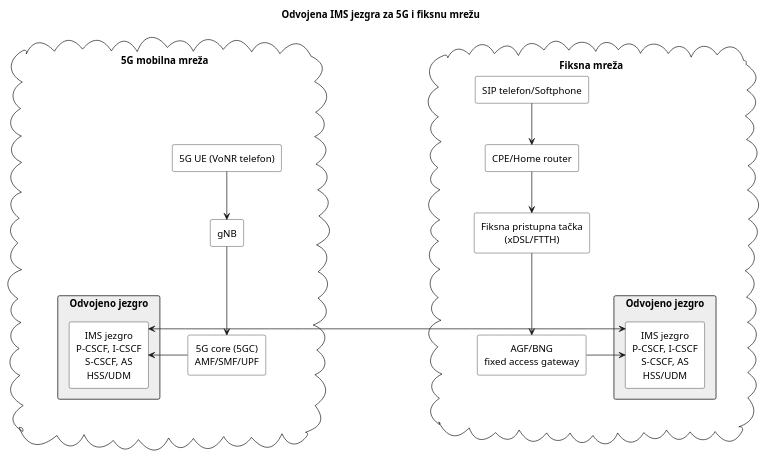
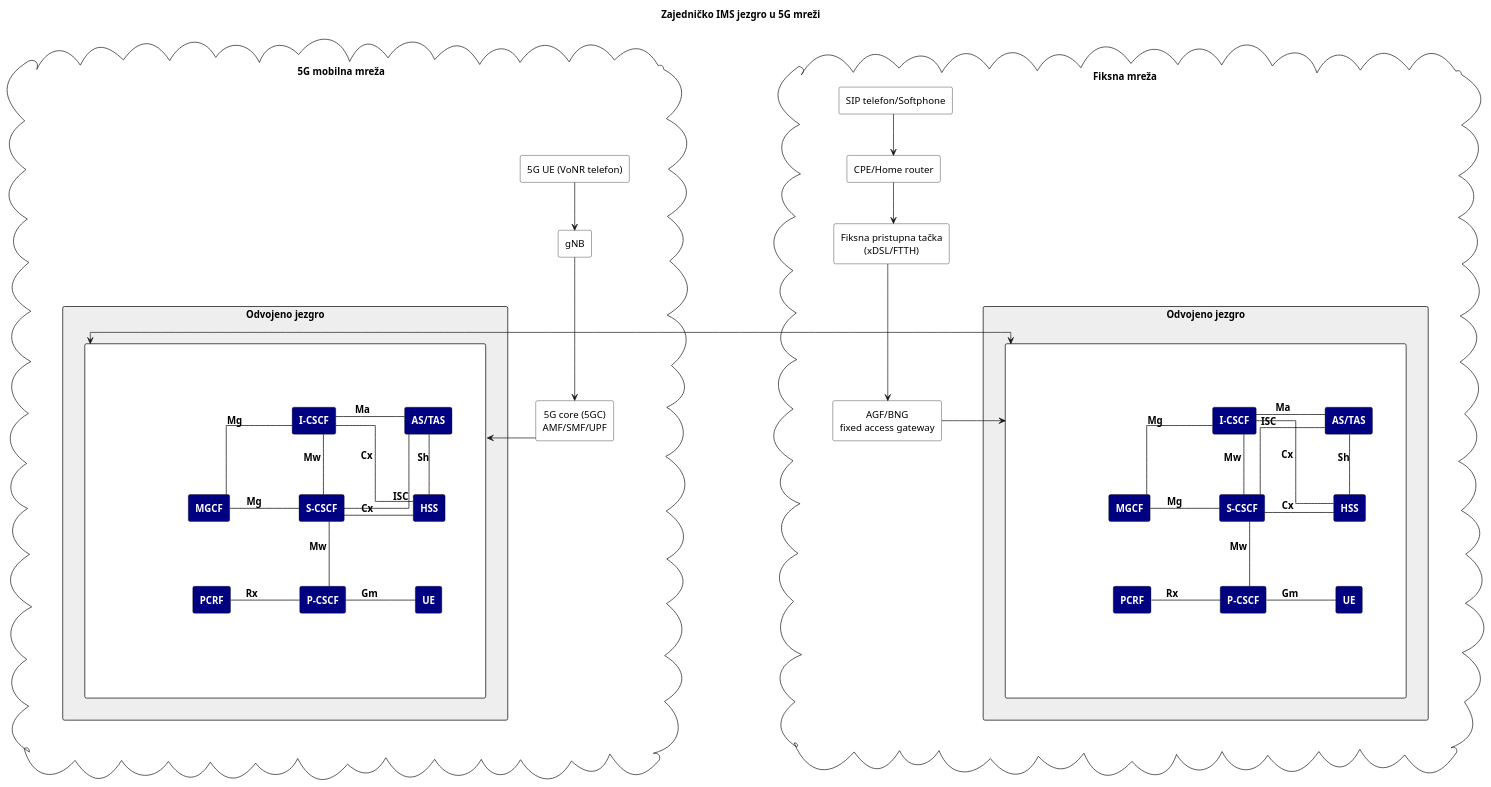
One commit to ZakiraZaza/SSMTK_FMC_VoNR_IMS_5G changed the diagram in assets/diagrams/plantuml/code/separate_ims_cores_for_5G_and_fixed_network.puml. Above: the diagram before and after it, drawn with PlantUML. The commit also changed 5 other files, not shown here.

First line of the commit message:
Updated PlantUML diagrams.

```diff
--- a/assets/diagrams/plantuml/code/separate_ims_cores_for_5G_and_fixed_network.puml
+++ b/assets/diagrams/plantuml/code/separate_ims_cores_for_5G_and_fixed_network.puml
@@ -1,71 +1,199 @@
 @startuml
+set separator .
 top to bottom direction
-hide <<hidden>> stereotype
-hide <<core>> stereotype
+hide stereotype
+skinparam linetype ortho
+
+title "Zajedničko IMS jezgro u 5G mreži"
 
 <style>
 rectangle {
   HorizontalAlignment center
   BackgroundColor white
   .hidden {
     BackgroundColor transparent
     FontColor transparent
   }
+  .hidden_font {
+    FontColor transparent   
+  }
   .core {
     BackgroundColor #EEEEEE
+  }
+  .ims {
+    BackgroundColor navy
+    FontColor white
+    FontStyle bold
   }
 }
 </style>
 
 skinparam rectangle {
   BorderColor black
   BorderColor<<hidden>> transparent
 }
 
-skinparam linetype ortho
-
-title "Odvojena IMS jezgra za 5G i fiksnu mrežu"
-
 cloud "5G mobilna mreža" as "cloud_1" {
-  rectangle "0" <<hidden>>
+  rectangle "0"<<hidden>>
   rectangle "5G UE (VoNR telefon)" as 1
   rectangle "gNB" as 2
   rectangle "_1"<<hidden>> {
-    rectangle "_2"<<hidden>> {
+    rectangle "_1"<<hidden>> {
       rectangle "5G core (5GC)\nAMF/SMF/UPF" as 3
     }
-    rectangle "Odvojeno jezgro" <<core>> as "sc_1" {
-      rectangle "IMS jezgro\nP-CSCF, I-CSCF\nS-CSCF, AS\nHSS/UDM" as 4_1 
+    rectangle "Odvojeno jezgro" <<core>> as odvojeno_jezgro {
+    skinparam NodeSep 100
+      rectangle "_1" <<hidden_font>> as 4 {
+        rectangle "_1"<<hidden>> {
+          rectangle "_1" <<hidden>> {
+
+          }
+          rectangle "I-CSCF" <<ims>> as "_2" {
+            
+          }
+          rectangle "AS/TAS" <<ims>> as "_3" {
+            
+          }
+        }
+        rectangle "_2"<<hidden>> {
+          rectangle "MGCF" <<ims>> as "_1" {
+
+          }
+          rectangle "S-CSCF" <<ims>> as "_2" {
+            
+          }
+          rectangle "HSS" <<ims>> as "_3" {
+            
+          }
+        }
+        rectangle "_3"<<hidden>> {
+          rectangle "PCRF" <<ims>> as "_1" {
+
+          }
+          rectangle "P-CSCF" <<ims>> as "_2" {
+            
+          }
+          rectangle "UE" <<ims>> as "_3" {
+            
+          }
+        }
+        rectangle "_4"<<hidden>> {
+        }
+      } 
     }
+
   }
 }
 
 cloud "Fiksna mreža" as "cloud_2" {
-  rectangle "_4"<<hidden>> {
-    rectangle "Odvojeno jezgro" <<core>> as "sc_2" {
-      rectangle "IMS jezgro\nP-CSCF, I-CSCF\nS-CSCF, AS\nHSS/UDM" as 4_2 
+  rectangle "_1"<<hidden>> {
+      rectangle "Odvojeno jezgro" <<core>> as odvojeno_jezgro {
+      skinparam NodeSep 100
+      rectangle "_1" <<hidden_font>> as 4 {
+        rectangle "_1"<<hidden>> {
+          rectangle "_1" <<hidden>> {
+
+          }
+          rectangle "I-CSCF" <<ims>> as "_2" {
+            
+          }
+          rectangle "AS/TAS" <<ims>> as "_3" {
+            
+          }
+        }
+        rectangle "_2"<<hidden>> {
+          rectangle "MGCF" <<ims>> as "_1" {
+
+          }
+          rectangle "S-CSCF" <<ims>> as "_2" {
+            
+          }
+          rectangle "HSS" <<ims>> as "_3" {
+            
+          }
+        }
+        rectangle "_3"<<hidden>> {
+          rectangle "PCRF" <<ims>> as "_1" {
+
+          }
+          rectangle "P-CSCF" <<ims>> as "_2" {
+            
+          }
+          rectangle "UE" <<ims>> as "_3" {
+            
+          }
+        }
+        rectangle "_4"<<hidden>> {
+        }
+      } 
     }
-    rectangle "_5"<<hidden>> {
+    rectangle "_1"<<hidden>> {
       rectangle "AGF/BNG\nfixed access gateway" as 5
     }
   }
   rectangle "Fiksna pristupna tačka\n(xDSL/FTTH)" as 6
   rectangle "CPE/Home router" as 7
   rectangle "SIP telefon/Softphone" as 8
 }
 
 rectangle "rectangle_empty"<<hidden>> {
 
 }
 
 cloud_1 -[hidden]right-> rectangle_empty
 0 -[hidden]down-> 1
 1 -down-> 2
 2 -down-> 3
-3 -right-> 4_1
-4_1 <-right-> 4_2
-4_2 <-right- 5
+3 -right-> cloud_1._1.odvojeno_jezgro.4
+cloud_1._1.odvojeno_jezgro.4 <-right-> cloud_2._1.odvojeno_jezgro.4   
+cloud_2._1.odvojeno_jezgro.4 <-right- 5
 5 <-up- 6
 6 <-up- 7
 7 <-up- 8
+'---'
+skinparam {
+  ArrowThickness 1
+  ArrowColor black
+  ArrowFontColor black
+  ArrowFontSize 14
+  ArrowFontStyle bold
+}
+
+cloud_1._1.odvojeno_jezgro.4._1._2 -[hidden]down-> cloud_1._1.odvojeno_jezgro.4._2._2
+cloud_1._1.odvojeno_jezgro.4._2._2 -[hidden]down-> cloud_1._1.odvojeno_jezgro.4._3._2
+cloud_1._1.odvojeno_jezgro.4._3 -[hidden]down-> cloud_1._1.odvojeno_jezgro.4._4
+'---'
+cloud_1._1.odvojeno_jezgro.4._1._1 -[hidden]right-> cloud_1._1.odvojeno_jezgro.4._1._2
+cloud_1._1.odvojeno_jezgro.4._1._2 -right- cloud_1._1.odvojeno_jezgro.4._1._3: "Ma"
+cloud_1._1.odvojeno_jezgro.4._1._2 -left- cloud_1._1.odvojeno_jezgro.4._2._1: "Mg "
+cloud_1._1.odvojeno_jezgro.4._1._2 -down- cloud_1._1.odvojeno_jezgro.4._2._2: "Mw "
+cloud_1._1.odvojeno_jezgro.4._1._2 -right- cloud_1._1.odvojeno_jezgro.4._2._3: "Cx "
+cloud_1._1.odvojeno_jezgro.4._1._3 -down- cloud_1._1.odvojeno_jezgro.4._2._2: "ISC"
+cloud_1._1.odvojeno_jezgro.4._1._3 -down- cloud_1._1.odvojeno_jezgro.4._2._3: "Sh"
+
+cloud_1._1.odvojeno_jezgro.4._2._1 -right- cloud_1._1.odvojeno_jezgro.4._2._2: "Mg "
+cloud_1._1.odvojeno_jezgro.4._2._2 -right- cloud_1._1.odvojeno_jezgro.4._2._3: "Cx  "
+cloud_1._1.odvojeno_jezgro.4._2._2 -down- cloud_1._1.odvojeno_jezgro.4._3._2: "Mw "
+
+cloud_1._1.odvojeno_jezgro.4._3._1 -right- cloud_1._1.odvojeno_jezgro.4._3._2: " Rx   "
+cloud_1._1.odvojeno_jezgro.4._3._2 -right- cloud_1._1.odvojeno_jezgro.4._3._3: "Gm "
+'---CLOUD SEPARATOR---'
+cloud_2._1.odvojeno_jezgro.4._1._2 -[hidden]down-> cloud_2._1.odvojeno_jezgro.4._2._2
+cloud_2._1.odvojeno_jezgro.4._2._2 -[hidden]down-> cloud_2._1.odvojeno_jezgro.4._3._2
+cloud_2._1.odvojeno_jezgro.4._3 -[hidden]down-> cloud_2._1.odvojeno_jezgro.4._4
+'---'
+cloud_2._1.odvojeno_jezgro.4._1._1 -[hidden]right-> cloud_2._1.odvojeno_jezgro.4._1._2
+cloud_2._1.odvojeno_jezgro.4._1._2 -right- cloud_2._1.odvojeno_jezgro.4._1._3: "Ma"
+cloud_2._1.odvojeno_jezgro.4._1._2 -left- cloud_2._1.odvojeno_jezgro.4._2._1: "Mg "
+cloud_2._1.odvojeno_jezgro.4._1._2 -down- cloud_2._1.odvojeno_jezgro.4._2._2: "Mw "
+cloud_2._1.odvojeno_jezgro.4._1._2 -right- cloud_2._1.odvojeno_jezgro.4._2._3: "Cx "
+cloud_2._1.odvojeno_jezgro.4._1._3 -down- cloud_2._1.odvojeno_jezgro.4._2._2: "ISC"
+cloud_2._1.odvojeno_jezgro.4._1._3 -down- cloud_2._1.odvojeno_jezgro.4._2._3: "Sh"
+
+cloud_2._1.odvojeno_jezgro.4._2._1 -right- cloud_2._1.odvojeno_jezgro.4._2._2: "Mg "
+cloud_2._1.odvojeno_jezgro.4._2._2 -right- cloud_2._1.odvojeno_jezgro.4._2._3: "Cx  "
+cloud_2._1.odvojeno_jezgro.4._2._2 -down- cloud_2._1.odvojeno_jezgro.4._3._2: "Mw "
+
+cloud_2._1.odvojeno_jezgro.4._3._1 -right- cloud_2._1.odvojeno_jezgro.4._3._2: " Rx   "
+cloud_2._1.odvojeno_jezgro.4._3._2 -right- cloud_2._1.odvojeno_jezgro.4._3._3: "Gm "
 @enduml
```
